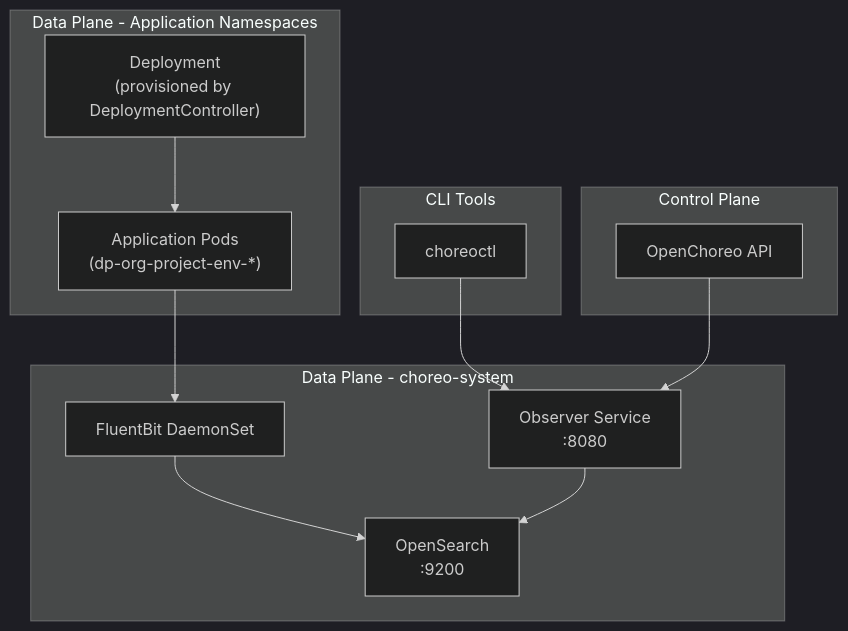
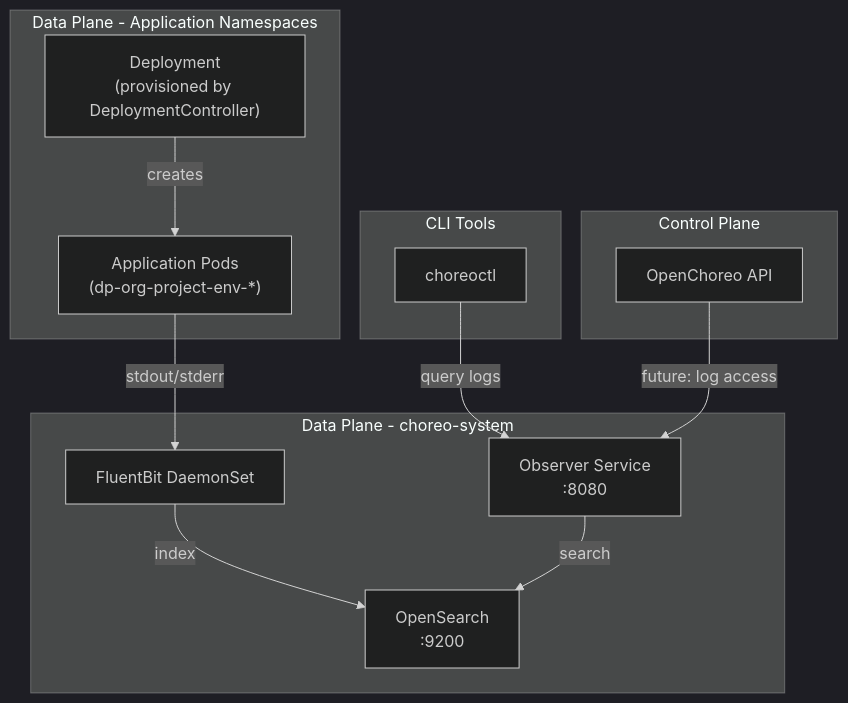
Before and after one commit to openchoreo/openchoreo: the fourth of 4 diagrams in docs/deepwiki/Observability.md, drawn with Mermaid (dark theme). The commit also changed other lines of this file and 85 other files, not shown here.

Commit message:
feat: Add new workflow and specification templates, update Helm chart dependencies, and clarify documentation diagrams.

````diff
--- a/docs/deepwiki/Observability.md
+++ b/docs/deepwiki/Observability.md
@@ -426,37 +426,37 @@
 ```mermaid
 flowchart TD
 
 API["OpenChoreo API"]
 Observer["Observer Service<br>:8080"]
 OpenSearch["OpenSearch<br>:9200"]
 FluentBit["FluentBit DaemonSet"]
 Deploy["Deployment<br>(provisioned by DeploymentController)"]
 Pods["Application Pods<br>(dp-org-project-env-*)"]
 Choreoctl["choreoctl"]
 
-Pods --> FluentBit
-Choreoctl --> Observer
-API --> Observer
+Pods -->|"stdout/stderr"| FluentBit
+Choreoctl -->|"query logs"| Observer
+API -->|"future: log access"| Observer
 
 subgraph subGraph3 ["CLI Tools"]
     Choreoctl
 end
 
 subgraph subGraph2 ["Data Plane - Application Namespaces"]
     Deploy
     Pods
-    Deploy --> Pods
+    Deploy -->|"creates"| Pods
 end
 
 subgraph subGraph1 ["Data Plane - choreo-system"]
     Observer
     OpenSearch
     FluentBit
-    FluentBit --> OpenSearch
-    Observer --> OpenSearch
+    FluentBit -->|"index"| OpenSearch
+    Observer -->|"search"| OpenSearch
 end
 
 subgraph subGraph0 ["Control Plane"]
     API
 end
 ```
````
